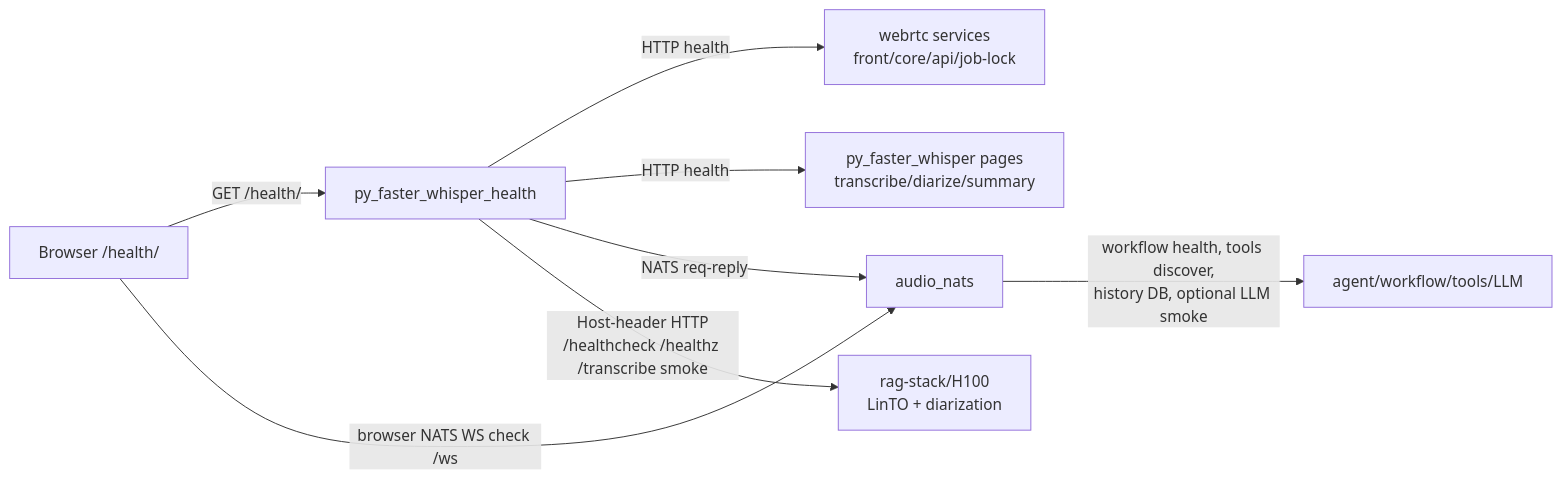
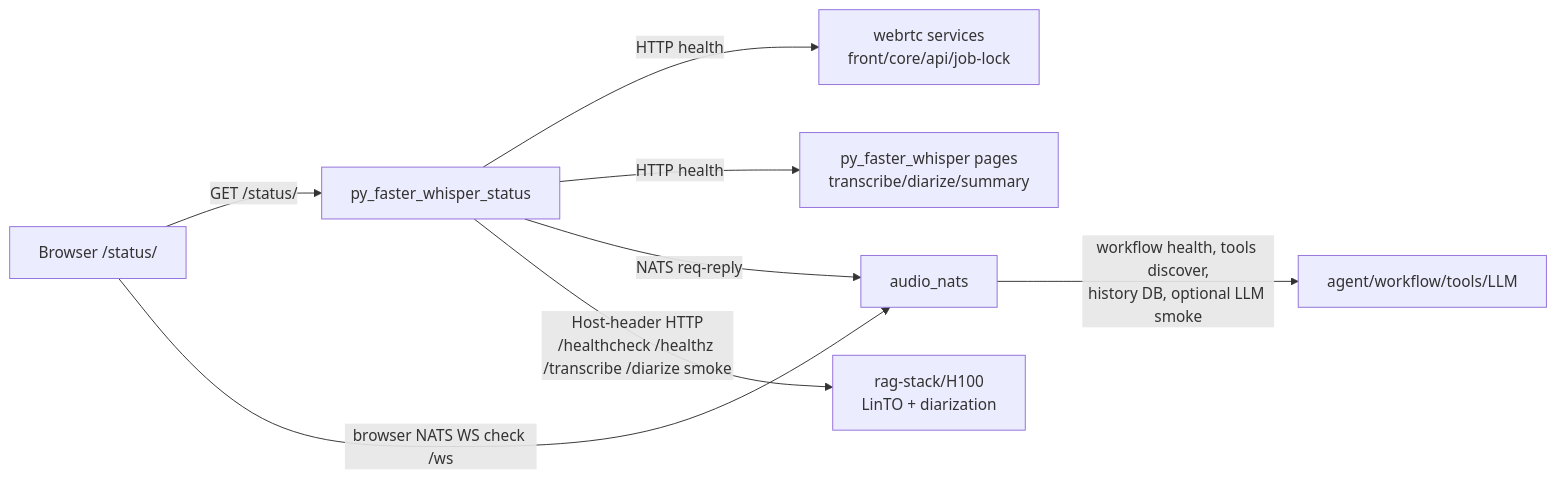
The sixth of 6 diagrams in DOCS/ARCHITECTURE.md (komaroffsergei/webrtc-komaroff), drawn with Mermaid before and after one commit. The commit also changed other lines of this file and 6 other files, not shown here.

Commit message:
Route status diagnostics through whisper service

````diff
--- a/DOCS/ARCHITECTURE.md
+++ b/DOCS/ARCHITECTURE.md
@@ -541,18 +541,18 @@
 ```mermaid
 flowchart LR
-  B["Browser /health/"]
-  H["py_faster_whisper_health"]
+  B["Browser /status/"]
+  H["py_faster_whisper_status"]
   W["webrtc services\nfront/core/api/job-lock"]
   P["py_faster_whisper pages\ntranscribe/diarize/summary"]
   N["audio_nats"]
   A["agent/workflow/tools/LLM"]
   R["rag-stack/H100\nLinTO + diarization"]
 
-  B -->|"GET /health/"| H
+  B -->|"GET /status/"| H
   B -->|"browser NATS WS check /ws"| N
   H -->|"HTTP health"| W
   H -->|"HTTP health"| P
   H -->|"NATS req-reply"| N
   N -->|"workflow health, tools discover,\nhistory DB, optional LLM smoke"| A
-  H -->|"Host-header HTTP\n/healthcheck /healthz /transcribe smoke"| R
+  H -->|"Host-header HTTP\n/healthcheck /healthz /transcribe /diarize smoke"| R
 ```
````
